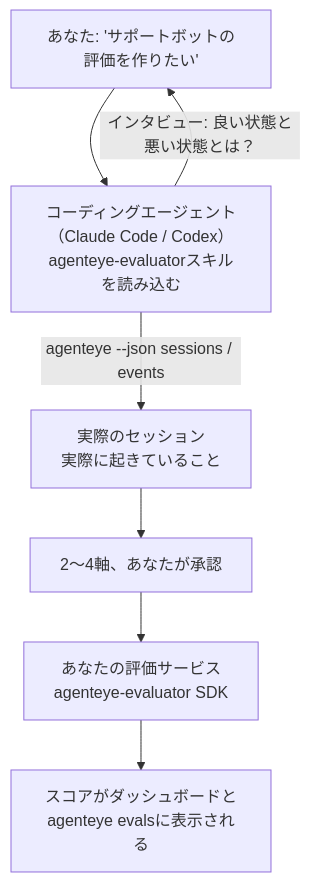
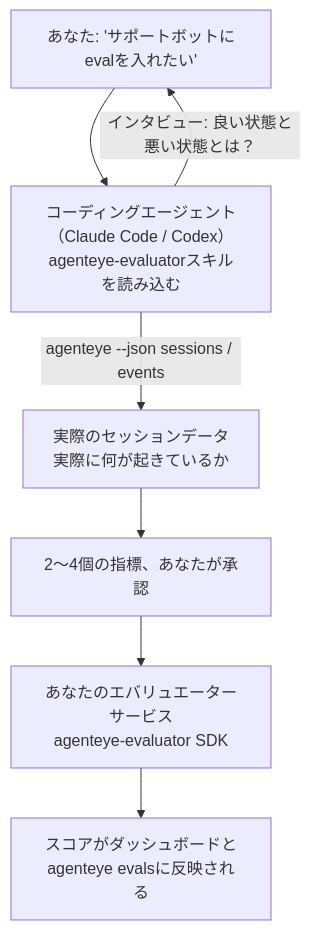
The diagram in docs/ja/agenteye/evaluator-skill.mdx (FailproofAI/failproofai), drawn with Mermaid before and after one commit. The commit also changed other lines of this file and 677 other files, not shown here.

````diff
--- a/docs/ja/agenteye/evaluator-skill.mdx
+++ b/docs/ja/agenteye/evaluator-skill.mdx
@@ -21,9 +21,9 @@
 ```mermaid
 flowchart TD
-    YOU["あなた: 'サポートボットの評価を作りたい'"] --> AGENT["コーディングエージェント（Claude Code / Codex）<br/>agenteye-evaluatorスキルを読み込む"]
+    YOU["あなた: 'サポートボットにevalを入れたい'"] --> AGENT["コーディングエージェント（Claude Code / Codex）<br/>agenteye-evaluatorスキルを読み込む"]
     AGENT -->|"インタビュー: 良い状態と悪い状態とは？"| YOU
-    AGENT -->|"agenteye --json sessions / events"| DATA["実際のセッション<br/>実際に起きていること"]
-    DATA --> DIMS["2〜4軸、あなたが承認"]
-    DIMS --> SVC["あなたの評価サービス<br/>agenteye-evaluator SDK"]
-    SVC --> SCORES["スコアがダッシュボードと<br/>agenteye evalsに表示される"]
+    AGENT -->|"agenteye --json sessions / events"| DATA["実際のセッションデータ<br/>実際に何が起きているか"]
+    DATA --> DIMS["2〜4個の指標、あなたが承認"]
+    DIMS --> SVC["あなたのエバリュエーターサービス<br/>agenteye-evaluator SDK"]
+    SVC --> SCORES["スコアがダッシュボードと<br/>agenteye evalsに反映される"]
 ```
````
